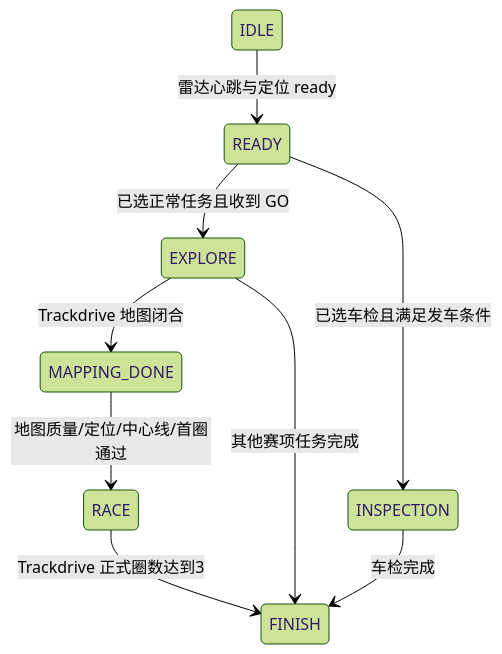
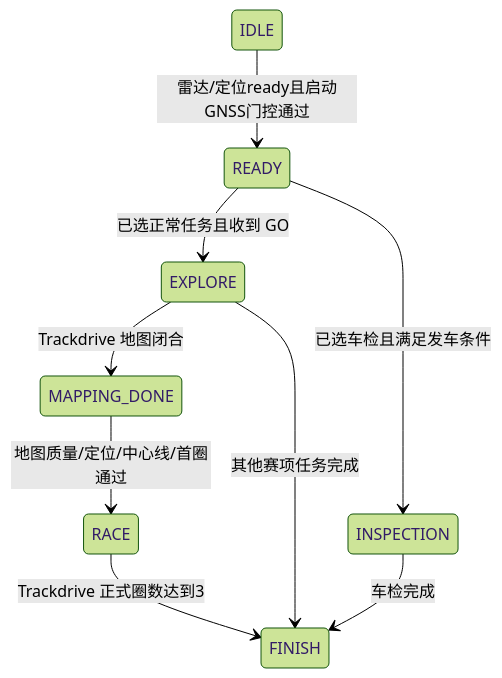
One commit to 707GLobal/WUTA2026_FINAL changed the diagram in docs/DESIGN.md. Above: the diagram before and after it, drawn with Mermaid (forest theme). The commit also changed other lines of this file and 23 other files, not shown here.

````diff
--- a/docs/DESIGN.md
+++ b/docs/DESIGN.md
@@ -59,11 +59,11 @@
 ```mermaid
 stateDiagram-v2
-  IDLE --> READY: 雷达心跳与定位 ready
+  IDLE --> READY: 雷达/定位ready且启动GNSS门控通过
   READY --> EXPLORE: 已选正常任务且收到 GO
   READY --> INSPECTION: 已选车检且满足发车条件
   EXPLORE --> MAPPING_DONE: Trackdrive 地图闭合
   MAPPING_DONE --> RACE: 地图质量/定位/中心线/首圈通过
   RACE --> FINISH: Trackdrive 正式圈数达到3
   EXPLORE --> FINISH: 其他赛项任务完成
   INSPECTION --> FINISH: 车检完成
 ```
````
